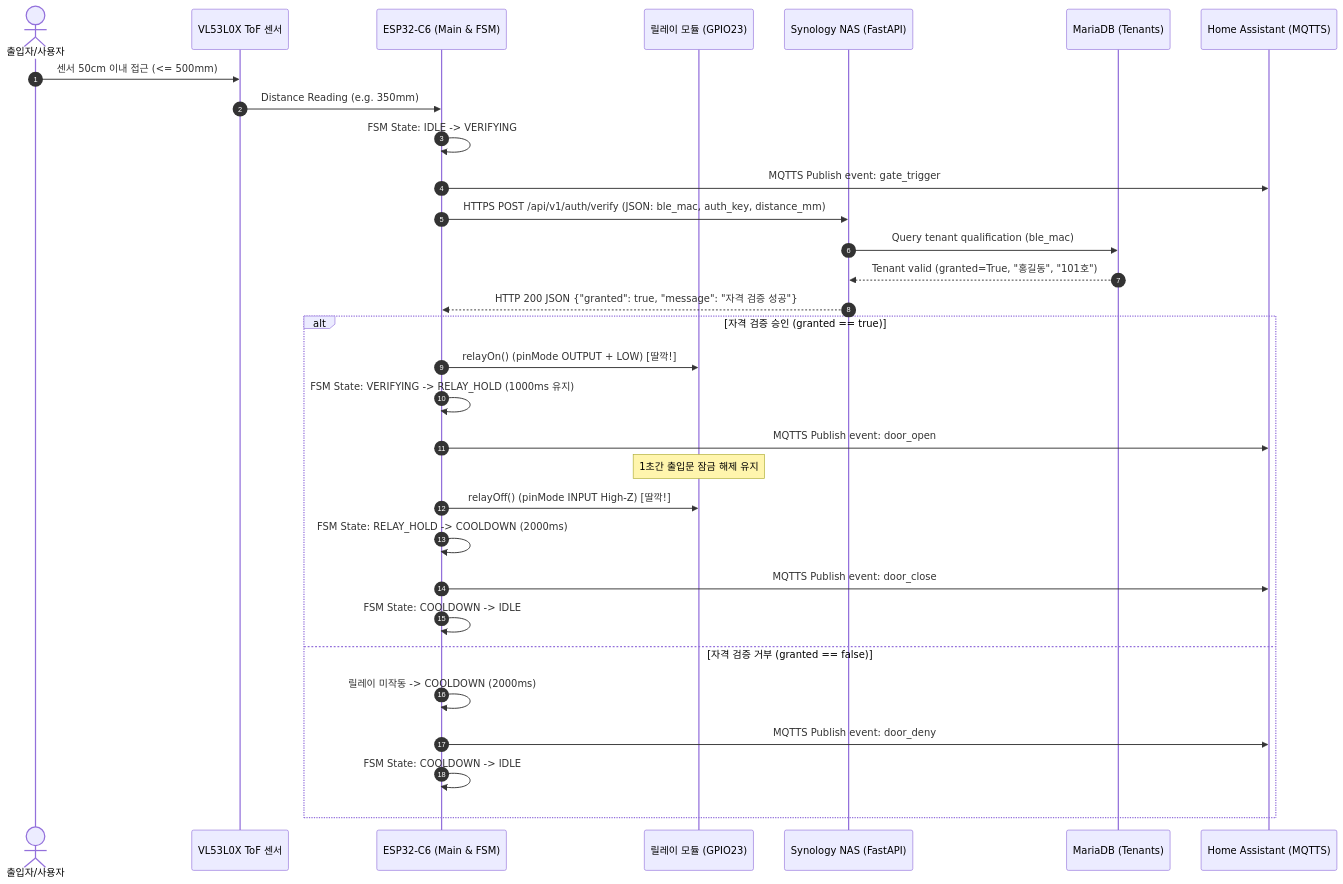
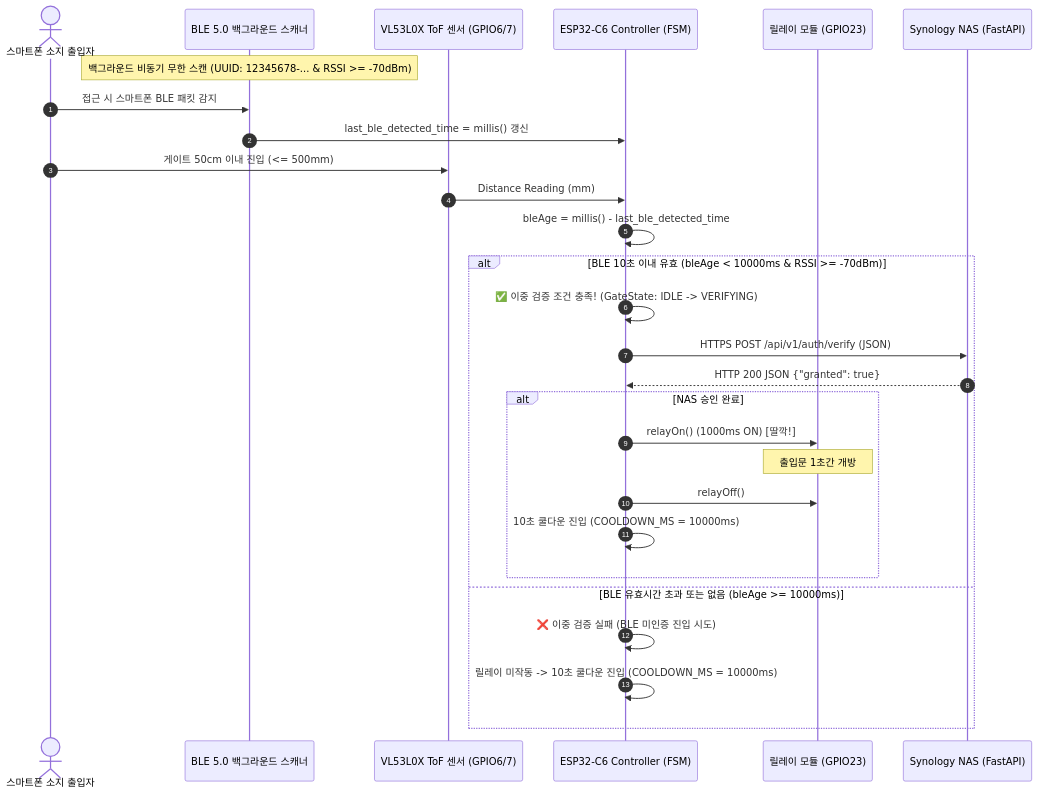
The diagram in wiki/architecture.md (ks-house/smart-gatekeeper), drawn with Mermaid before and after one commit. The commit also changed other lines of this file and 5 other files, not shown here.

````diff
--- a/wiki/architecture.md
+++ b/wiki/architecture.md
@@ -33,36 +31,34 @@
 ```mermaid
 sequenceDiagram
     autonumber
-    actor Person as 출입자/사용자
-    participant ToF as VL53L0X ToF 센서
-    participant ESP as ESP32-C6 (Main & FSM)
+    actor Person as 스마트폰 소지 출입자
+    participant BLE as BLE 5.0 백그라운드 스캐너
+    participant ToF as VL53L0X ToF 센서 (GPIO6/7)
+    participant ESP as ESP32-C6 Controller (FSM)
     participant Relay as 릴레이 모듈 (GPIO23)
     participant NAS as Synology NAS (FastAPI)
-    participant DB as MariaDB (Tenants)
-    participant HA as Home Assistant (MQTTS)
 
-    Person->>ToF: 센서 50cm 이내 접근 (<= 500mm)
-    ToF->>ESP: Distance Reading (e.g. 350mm)
-    ESP->>ESP: FSM State: IDLE -> VERIFYING
-    ESP->>HA: MQTTS Publish event: gate_trigger
+    Note over BLE: 백그라운드 비동기 무한 스캔 (UUID: 12345678-... & RSSI >= -70dBm)
+    Person->>BLE: 접근 시 스마트폰 BLE 패킷 감지
+    BLE->>ESP: last_ble_detected_time = millis() 갱신
+
+    Person->>ToF: 게이트 50cm 이내 진입 (<= 500mm)
+    ToF->>ESP: Distance Reading (mm)
     
-    ESP->>NAS: HTTPS POST /api/v1/auth/verify (JSON: ble_mac, auth_key, distance_mm)
-    NAS->>DB: Query tenant qualification (ble_mac)
-    DB-->>NAS: Tenant valid (granted=True, "홍길동", "101호")
-    NAS-->>ESP: HTTP 200 JSON {"granted": true, "message": "자격 검증 성공"}
-
-    alt 자격 검증 승인 (granted == true)
-        ESP->>Relay: relayOn() (pinMode OUTPUT + LOW) [딸깍!]
-        ESP->>ESP: FSM State: VERIFYING -> RELAY_HOLD (1000ms 유지)
-        ESP->>HA: MQTTS Publish event: door_open
-        Note over Relay: 1초간 출입문 잠금 해제 유지
-        ESP->>Relay: relayOff() (pinMode INPUT High-Z) [딸깍!]
-        ESP->>ESP: FSM State: RELAY_HOLD -> COOLDOWN (2000ms)
-        ESP->>HA: MQTTS Publish event: door_close
-        ESP->>ESP: FSM State: COOLDOWN -> IDLE
-    else 자격 검증 거부 (granted == false)
-        ESP->>ESP: 릴레이 미작동 -> COOLDOWN (2000ms)
-        ESP->>HA: MQTTS Publish event: door_deny
-        ESP->>ESP: FSM State: COOLDOWN -> IDLE
+    ESP->>ESP: bleAge = millis() - last_ble_detected_time
+    alt BLE 10초 이내 유효 (bleAge < 10000ms & RSSI >= -70dBm)
+        ESP->>ESP: ✅ 이중 검증 조건 충족! (GateState: IDLE -> VERIFYING)
+        ESP->>NAS: HTTPS POST /api/v1/auth/verify (JSON)
+        NAS-->>ESP: HTTP 200 JSON {"granted": true}
+        
+        alt NAS 승인 완료
+            ESP->>Relay: relayOn() (1000ms ON) [딸깍!]
+            Note over Relay: 출입문 1초간 개방
+            ESP->>Relay: relayOff()
+            ESP->>ESP: 10초 쿨다운 진입 (COOLDOWN_MS = 10000ms)
+        end
+    else BLE 유효시간 초과 또는 없음 (bleAge >= 10000ms)
+        ESP->>ESP: ❌ 이중 검증 실패 (BLE 미인증 진입 시도)
+        ESP->>ESP: 릴레이 미작동 -> 10초 쿨다운 진입 (COOLDOWN_MS = 10000ms)
     end
 ```
````
